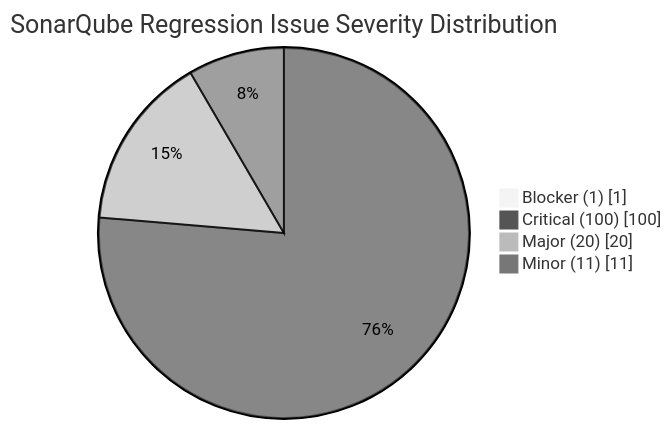
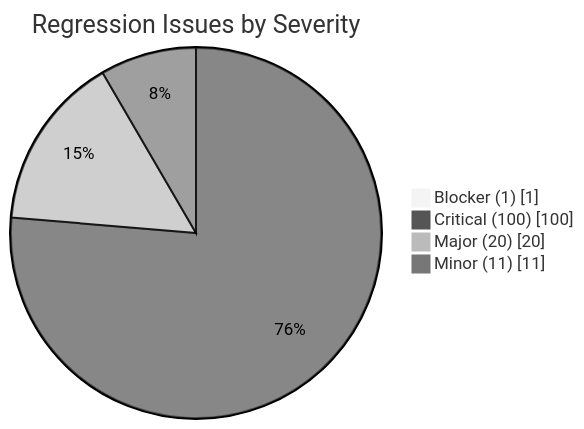
One commit to abedhossainn/PlantIQ changed the tenth of 14 diagrams in docs/capstone/Final_Report.md. Above: the diagram before and after it, drawn with Mermaid (neutral theme). The commit also changed other lines of this file and 10 other files, not shown here.

````diff
--- a/docs/capstone/Final_Report.md
+++ b/docs/capstone/Final_Report.md
@@ -1261,8 +1294,8 @@
 ```mermaid
 pie showData
-   title SonarQube Regression Issue Severity Distribution
+   title Regression Issues by Severity
    "Blocker (1)" : 1
    "Critical (100)" : 100
    "Major (20)" : 20
    "Minor (11)" : 11
 ```
````
